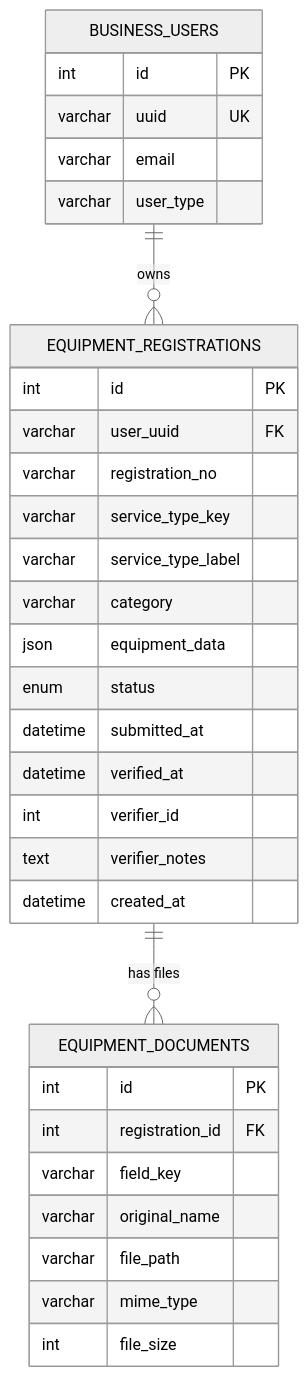
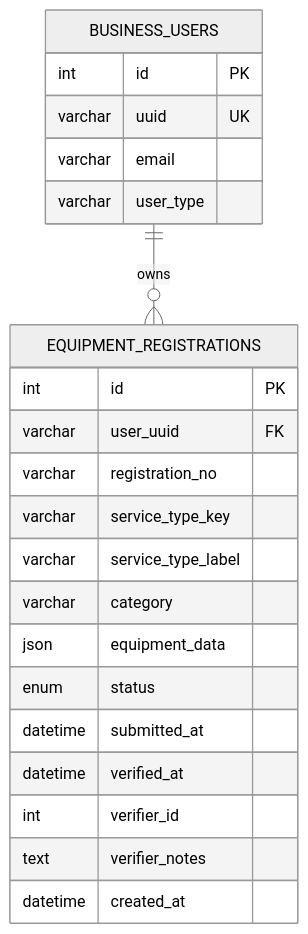
One commit to KENEDYMOSHI/new-osa changed the diagram in findings.md. Above: the diagram before and after it, drawn with Mermaid (neutral theme). The commit also changed other lines of this file, not shown here.

Commit message:
feat(equipment): implement flexible one-table JSON schema for equipment registrations

````diff
--- a/findings.md
+++ b/findings.md
@@ -247,38 +204,27 @@
 ```mermaid
 erDiagram
     BUSINESS_USERS ||--o{ EQUIPMENT_REGISTRATIONS : "owns"
-    EQUIPMENT_REGISTRATIONS ||--o{ EQUIPMENT_DOCUMENTS : "has files"
 
     BUSINESS_USERS {
         int id PK
         varchar uuid UK
         varchar email
         varchar user_type
     }
 
     EQUIPMENT_REGISTRATIONS {
         int id PK
         varchar user_uuid FK
         varchar registration_no
         varchar service_type_key
         varchar service_type_label
         varchar category
         json equipment_data
         enum status
         datetime submitted_at
         datetime verified_at
         int verifier_id
         text verifier_notes
         datetime created_at
     }
-
-    EQUIPMENT_DOCUMENTS {
-        int id PK
-        int registration_id FK
-        varchar field_key
-        varchar original_name
-        varchar file_path
-        varchar mime_type
-        int file_size
-    }
 ```
````
